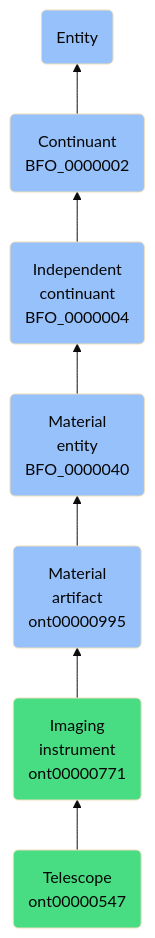
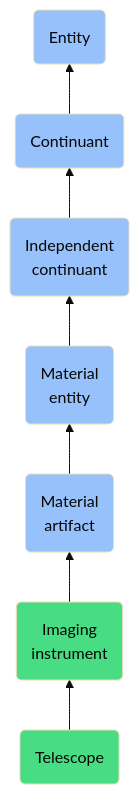
One commit to jupyter-naas/abi changed the diagram in docs/ontology/reference/model/Entity/Continuant/Independent continuant/Material entity/Material artifact/Imaging instrument/Telescope/Telescope.md. Above: the diagram before and after it, drawn with Mermaid (base theme). The commit also changed other lines of this file and 1430 other files, not shown here.

````diff
--- a/docs/ontology/reference/model/Entity/Continuant/Independent continuant/Material entity/Material artifact/Imaging instrument/Telescope/Telescope.md
+++ b/docs/ontology/reference/model/Entity/Continuant/Independent continuant/Material entity/Material artifact/Imaging instrument/Telescope/Telescope.md
@@ -24,14 +24,14 @@
 ```mermaid
 graph BT
-    ont00000547(Telescope<br>ont00000547):::ABI-->ont00000771
-    ont00000771(Imaging<br>instrument<br>ont00000771):::ABI-->ont00000995
-    ont00000995(Material<br>artifact<br>ont00000995):::BFO-->BFO_0000040
-    BFO_0000040(Material<br>entity<br>BFO_0000040):::BFO-->BFO_0000004
-    BFO_0000004(Independent<br>continuant<br>BFO_0000004):::BFO-->BFO_0000002
-    BFO_0000002(Continuant<br>BFO_0000002):::BFO-->BFO_0000001
+    ont00000547(Telescope):::ABI-->ont00000771
+    ont00000771(Imaging<br>instrument):::ABI-->ont00000995
+    ont00000995(Material<br>artifact):::BFO-->BFO_0000040
+    BFO_0000040(Material<br>entity):::BFO-->BFO_0000004
+    BFO_0000004(Independent<br>continuant):::BFO-->BFO_0000002
+    BFO_0000002(Continuant):::BFO-->BFO_0000001
     BFO_0000001(Entity):::BFO
     
     classDef BFO fill:#97c1fb,color:#060606
     classDef CCO fill:#e4c51e,color:#060606
     classDef ABI fill:#48DD82,color:#060606
 ```
````
